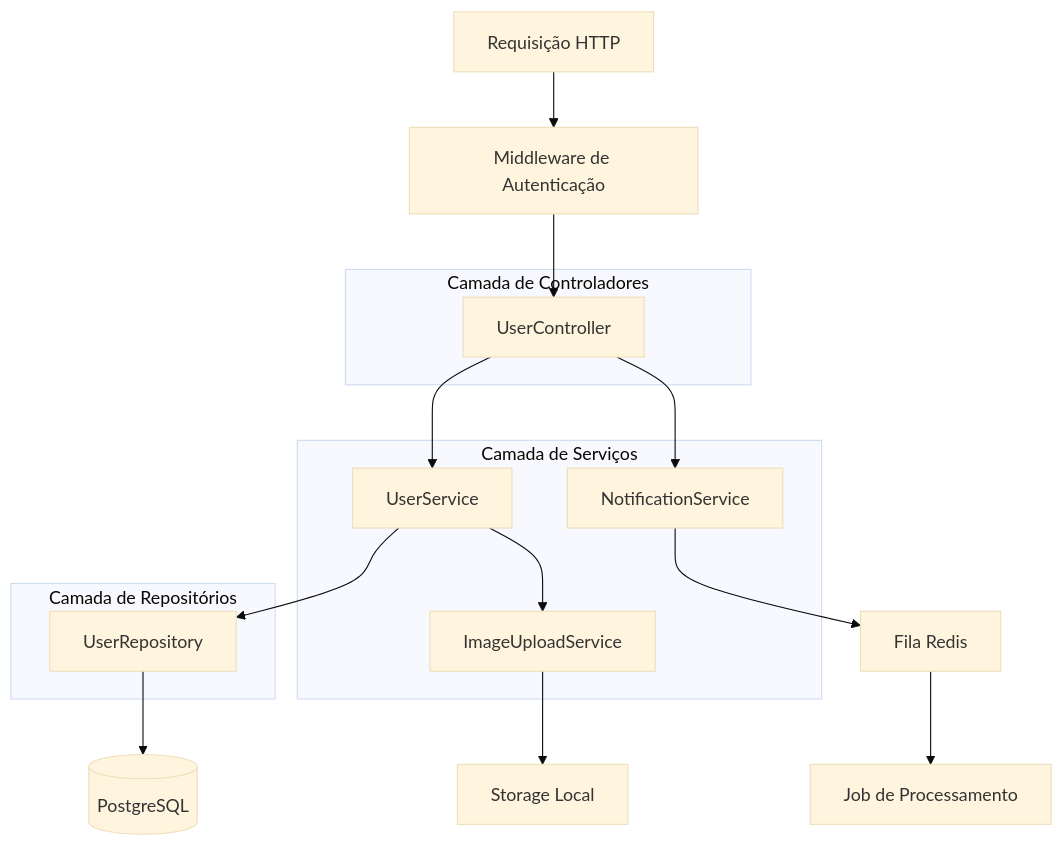
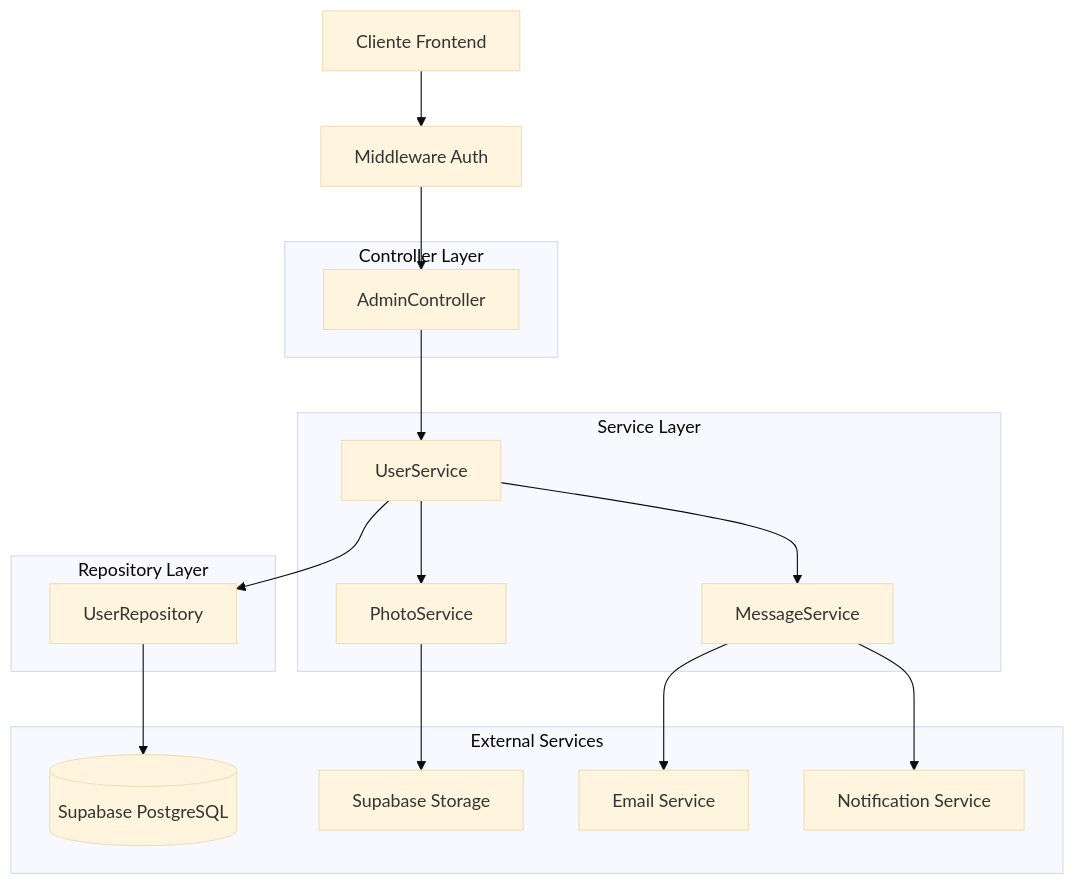
The second of 3 diagrams in .trae/documents/admin-users-redesign-technical.md (criverdim/siterccnovo), drawn with Mermaid (base theme) before and after one commit. The commit also changed other lines of this file and 25 other files, not shown here.

````diff
--- a/.trae/documents/admin-users-redesign-technical.md
+++ b/.trae/documents/admin-users-redesign-technical.md
@@ -114,29 +196,34 @@
 ```mermaid
 graph TD
-    A[Requisição HTTP] --> B[Middleware de Autenticação]
-    B --> C[UserController]
+    A[Cliente Frontend] --> B[Middleware Auth]
+    B --> C[AdminController]
     C --> D[UserService]
     D --> E[UserRepository]
-    E --> F[(PostgreSQL)]
-    
-    C --> G[NotificationService]
-    G --> H[Fila Redis]
-    H --> I[Job de Processamento]
-    
-    D --> J[ImageUploadService]
-    J --> K[Storage Local]
-    
-    subgraph "Camada de Controladores"
+    E --> F[(Supabase PostgreSQL)]
+    D --> G[PhotoService]
+    G --> H[Supabase Storage]
+    D --> I[MessageService]
+    I --> J[Email Service]
+    I --> K[Notification Service]
+
+    subgraph "Controller Layer"
         C
     end
-    
-    subgraph "Camada de Serviços"
+
+    subgraph "Service Layer"
         D
         G
-        J
+        I
     end
-    
-    subgraph "Camada de Repositórios"
+
+    subgraph "Repository Layer"
         E
     end
+
+    subgraph "External Services"
+        F
+        H
+        J
+        K
+    end
 ```
````
